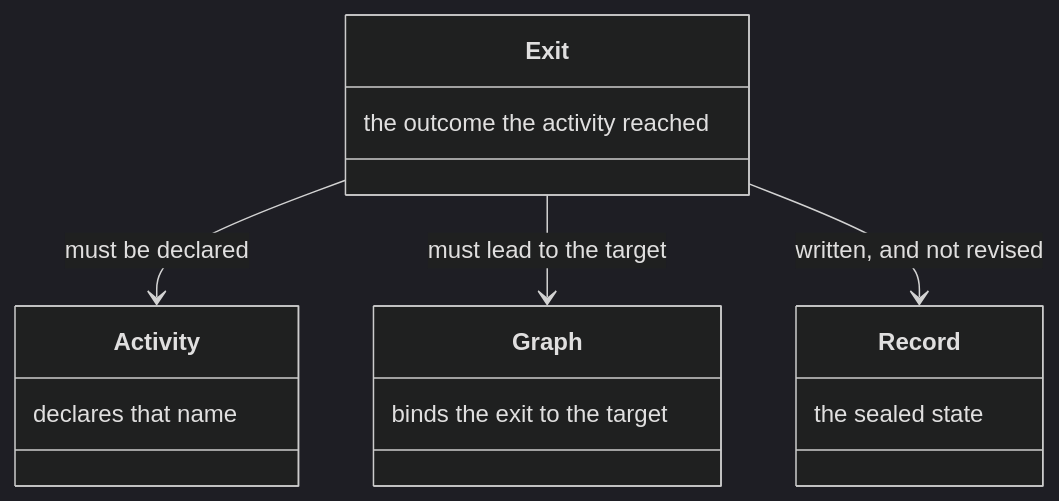
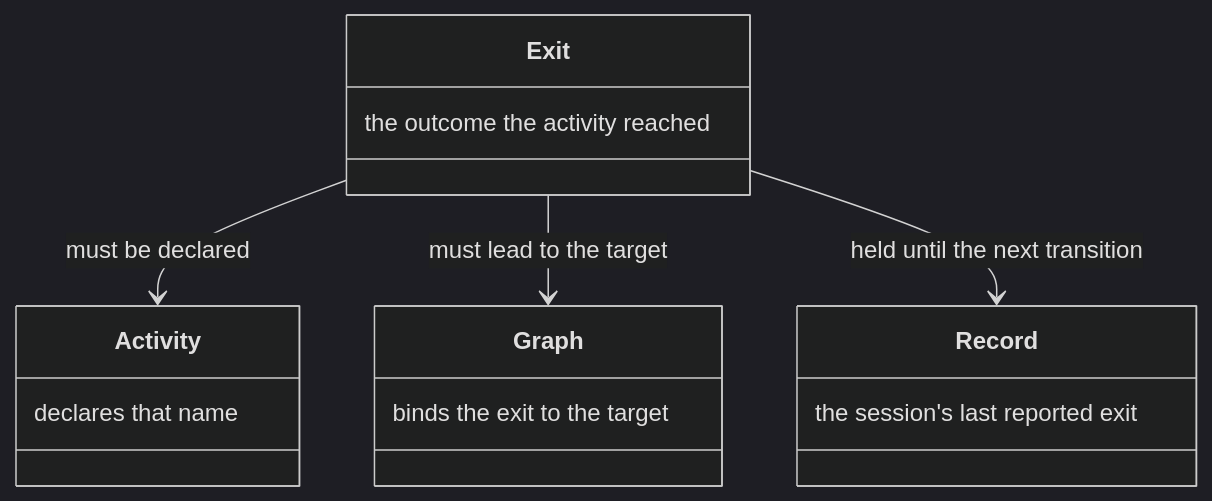
Before and after one commit to m2ux/workflow-server: the tenth of 16 diagrams in docs/fidelity.md, drawn with Mermaid (dark theme). The commit also changed other lines of this file and 17 other files, not shown here.

````diff
--- a/docs/fidelity.md
+++ b/docs/fidelity.md
@@ -203,18 +204,18 @@
 ```mermaid
 classDiagram
   class Exit {
     the outcome the activity reached
   }
   class Activity {
     declares that name
   }
   class Graph {
     binds the exit to the target
   }
   class Record {
-    the sealed state
+    the session's last reported exit
   }
   Exit --> Activity : must be declared
   Exit --> Graph : must lead to the target
-  Exit --> Record : written, and not revised
+  Exit --> Record : held until the next transition
 ```
````
